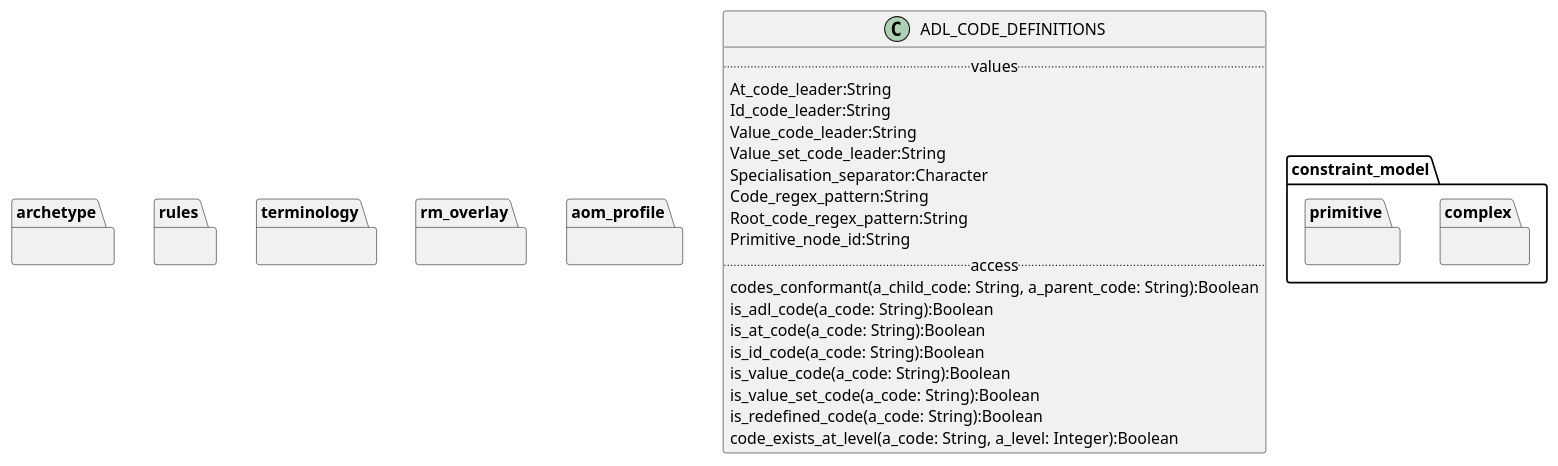
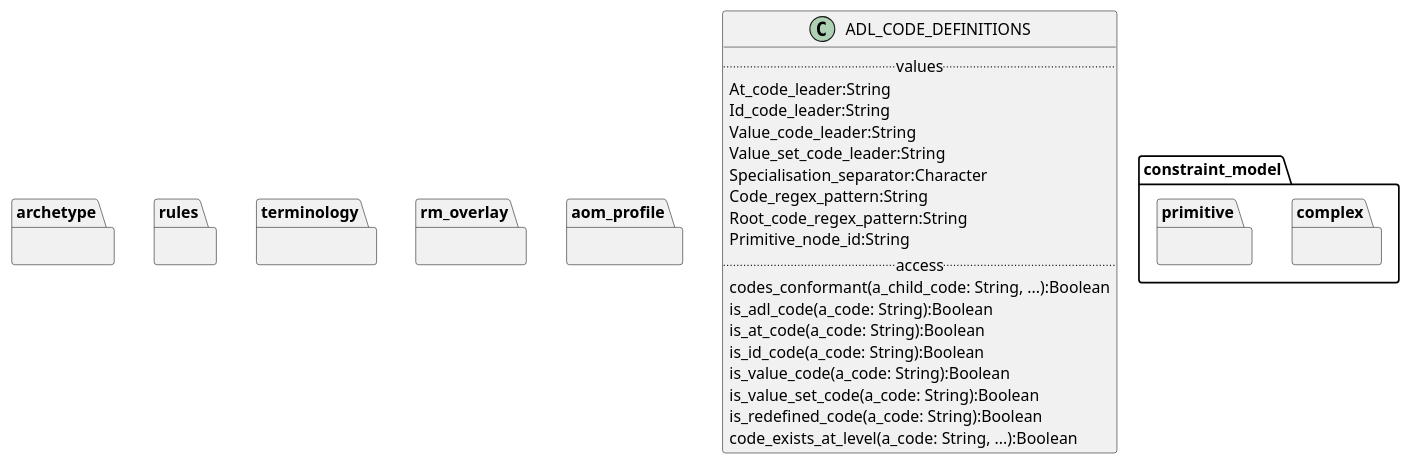
Before and after one commit to wolandscat/openehr-doc: the diagram in modules/ROOT/examples/bmm/languages/aom2/aom2-package-uml.adoc, drawn with PlantUML. The commit also changed 26 other files, not shown here.

```diff
--- a/modules/ROOT/examples/bmm/languages/aom2/aom2-package-uml.adoc
+++ b/modules/ROOT/examples/bmm/languages/aom2/aom2-package-uml.adoc
@@ -3,50 +3,50 @@
 [plantuml,opts=interactive,link=self]
 ....
 skinparam groupInheritance 2
 skinparam citedClassColor #FDFDFD
 
 
 class ADL_CODE_DEFINITIONS [[/openehr-doc/latest/languages/aom2-gen.html#_class_adl_code_definitions]] {
         .. values ..
         At_code_leader:String
         Id_code_leader:String
         Value_code_leader:String
         Value_set_code_leader:String
         Specialisation_separator:Character
         Code_regex_pattern:String
         Root_code_regex_pattern:String
         Primitive_node_id:String
         .. access ..
-        codes_conformant(a_child_code: String, a_parent_code: String):Boolean
+        codes_conformant(a_child_code: String, ...):Boolean
         is_adl_code(a_code: String):Boolean
         is_at_code(a_code: String):Boolean
         is_id_code(a_code: String):Boolean
         is_value_code(a_code: String):Boolean
         is_value_set_code(a_code: String):Boolean
         is_redefined_code(a_code: String):Boolean
-        code_exists_at_level(a_code: String, a_level: Integer):Boolean
+        code_exists_at_level(a_code: String, ...):Boolean
 }
 
 
 package archetype {
 }
 
 package constraint_model.complex {
 }
 
 package constraint_model.primitive {
 }
 
 package rules {
 }
 
 package terminology {
 }
 
 package rm_overlay {
 }
 
 package aom_profile {
 }
 
 ....
```
